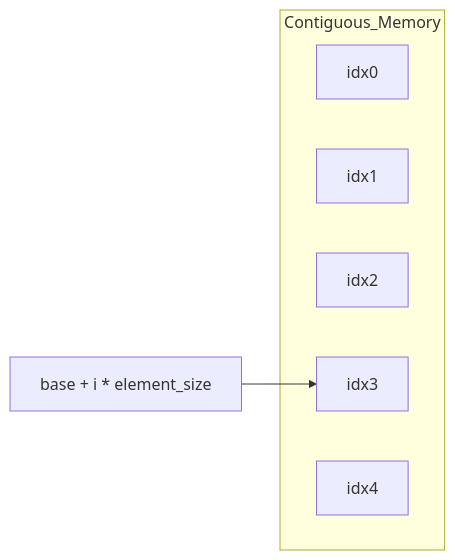
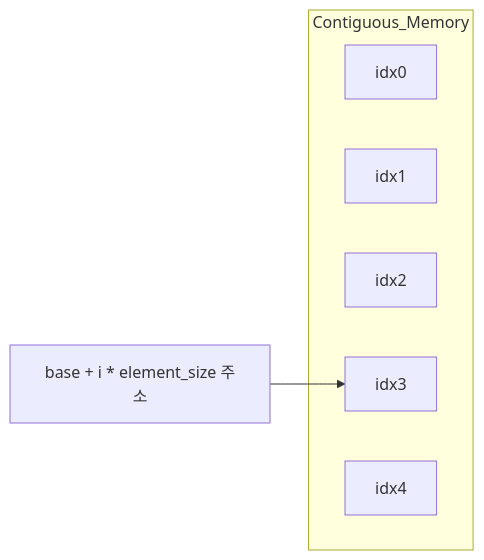
One commit to mandoobox/mandoobox.github.io changed the fifth of 43 diagrams in _posts/cs-note/2026-02-27-data-structure.md. Above: the diagram before and after it, drawn with Mermaid. The commit also changed other lines of this file and 18 other files, not shown here.

````diff
--- a/_posts/cs-note/2026-02-27-data-structure.md
+++ b/_posts/cs-note/2026-02-27-data-structure.md
@@ -120,11 +120,11 @@
 ```mermaid
 flowchart LR
   subgraph Contiguous_Memory
     A0[idx0]
     A1[idx1]
     A2[idx2]
     A3[idx3]
     A4[idx4]
   end
-  IDX["base + i * element_size"] --> A3
+  IDX["base + i * element_size 주소"] --> A3
 ```
````
